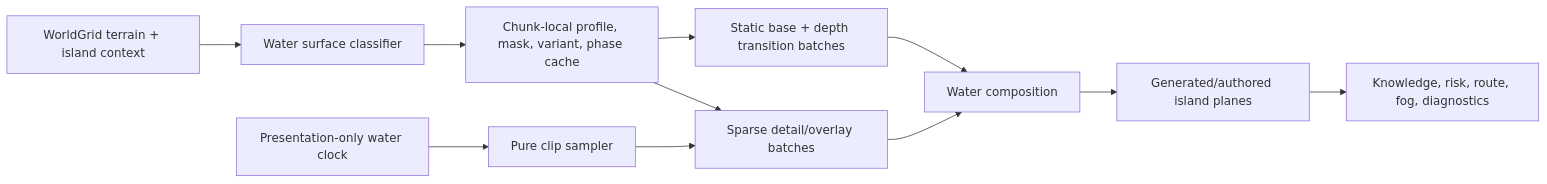
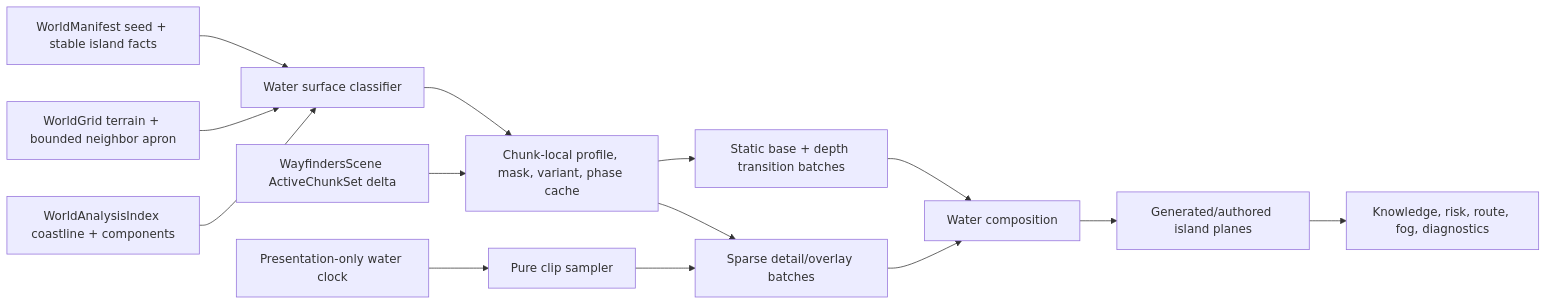
Before and after one commit to anthonyoconnor/wayfinders: the diagram in docs/Wayfinders_Water_System_Milestone.md, drawn with Mermaid. The commit also changed other lines of this file and 11 other files, not shown here.

Commit message:
docs(architecture): make current documentation canonical

````diff
--- a/docs/Wayfinders_Water_System_Milestone.md
+++ b/docs/Wayfinders_Water_System_Milestone.md
@@ -242,13 +274,16 @@
 ```mermaid
 flowchart LR
-    Grid["WorldGrid terrain + island context"] --> Classifier["Water surface classifier"]
+    Manifest["WorldManifest seed + stable island facts"] --> Classifier["Water surface classifier"]
+    Grid["WorldGrid terrain + bounded neighbor apron"] --> Classifier
+    Analysis["WorldAnalysisIndex coastline + components"] --> Classifier
     Classifier --> Cache["Chunk-local profile, mask, variant, phase cache"]
+    Active["WayfindersScene ActiveChunkSet delta"] --> Cache
     Cache --> Base["Static base + depth transition batches"]
     Cache --> Details["Sparse detail/overlay batches"]
     Clock["Presentation-only water clock"] --> Sampler["Pure clip sampler"]
     Sampler --> Details
     Base --> Composite["Water composition"]
     Details --> Composite
     Composite --> Islands["Generated/authored island planes"]
     Islands --> Knowledge["Knowledge, risk, route, fog, diagnostics"]
 ```
````
